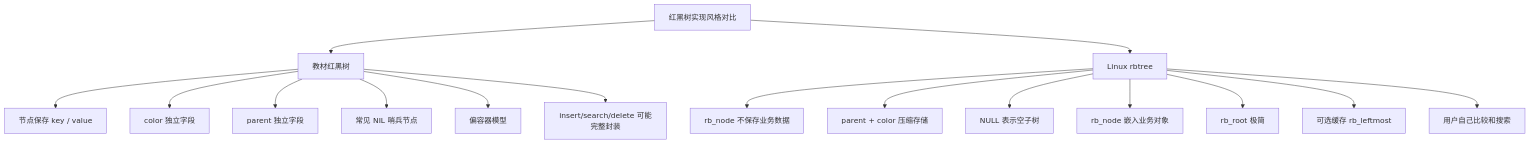
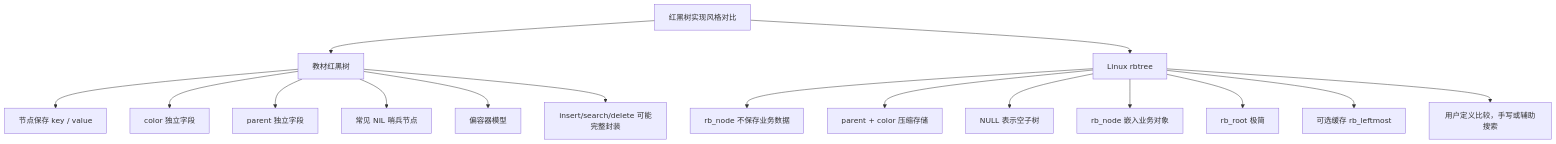
Before and after one commit to FormingSystem/linux_note: diagram 22 of 24 in knowledge/linux/data_structures/红黑树_rb-tree/P08_Linux_6.12_内核_rbtree_基础结构与工程模型.md, drawn with Mermaid. The commit also changed other lines of this file and 17 other files, not shown here.

````diff
--- a/knowledge/linux/data_structures/红黑树_rb-tree/P08_Linux_6.12_内核_rbtree_基础结构与工程模型.md
+++ b/knowledge/linux/data_structures/红黑树_rb-tree/P08_Linux_6.12_内核_rbtree_基础结构与工程模型.md
@@ -1897,22 +1804,22 @@
 ```mermaid
 graph TD
 	rb_compare_root["红黑树实现风格对比"]
 
 	rb_compare_root --> rb_textbook_side["教材红黑树"]
 	rb_compare_root --> rb_linux_side["Linux rbtree"]
 
 	rb_textbook_side --> rb_textbook_data["节点保存 key / value"]
 	rb_textbook_side --> rb_textbook_color_field["color 独立字段"]
 	rb_textbook_side --> rb_textbook_parent_field["parent 独立字段"]
 	rb_textbook_side --> rb_textbook_nil_node["常见 NIL 哨兵节点"]
 	rb_textbook_side --> rb_textbook_container["偏容器模型"]
 	rb_textbook_side --> rb_textbook_full_api["insert/search/delete 可能完整封装"]
 
 	rb_linux_side --> rb_linux_no_data["rb_node 不保存业务数据"]
 	rb_linux_side --> rb_linux_pack["parent + color 压缩存储"]
 	rb_linux_side --> rb_linux_null["NULL 表示空子树"]
 	rb_linux_side --> rb_linux_embed["rb_node 嵌入业务对象"]
 	rb_linux_side --> rb_linux_min_root["rb_root 极简"]
 	rb_linux_side --> rb_linux_cached["可选缓存 rb_leftmost"]
-	rb_linux_side --> rb_linux_user_cmp["用户自己比较和搜索"]
+	rb_linux_side --> rb_linux_user_cmp["用户定义比较，手写或辅助搜索"]
 ```
````
